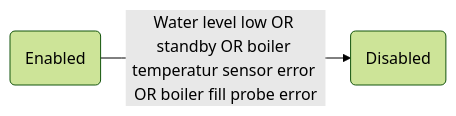
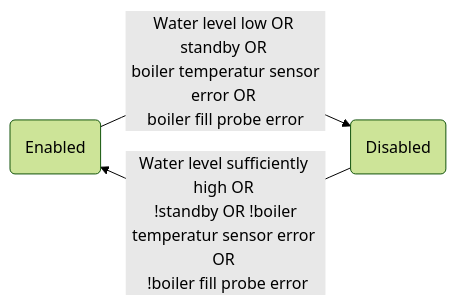
One commit to ggramlich26/BZ10_upgrade changed the second of 2 diagrams in README.md. Above: the diagram before and after it, drawn with Mermaid (forest theme). The commit also changed other lines of this file, not shown here.

Commit message:
README.md updated from https://stackedit.io/

````diff
--- a/README.md
+++ b/README.md
@@ -27,6 +27,7 @@
 ```mermaid
 graph LR
 enabled(Enabled)
 disabled(Disabled)
-enabled -- Water level low OR standby OR boiler temperatur sensor error OR boiler fill probe error--> disabled
+enabled -- Water level low OR standby OR <br> boiler temperatur sensor error OR <br>boiler fill probe error--> disabled
+disabled -- Water level sufficiently high OR <br> !standby OR !boiler temperatur sensor error OR <br> !boiler fill probe error-->enabled
 ```
````
